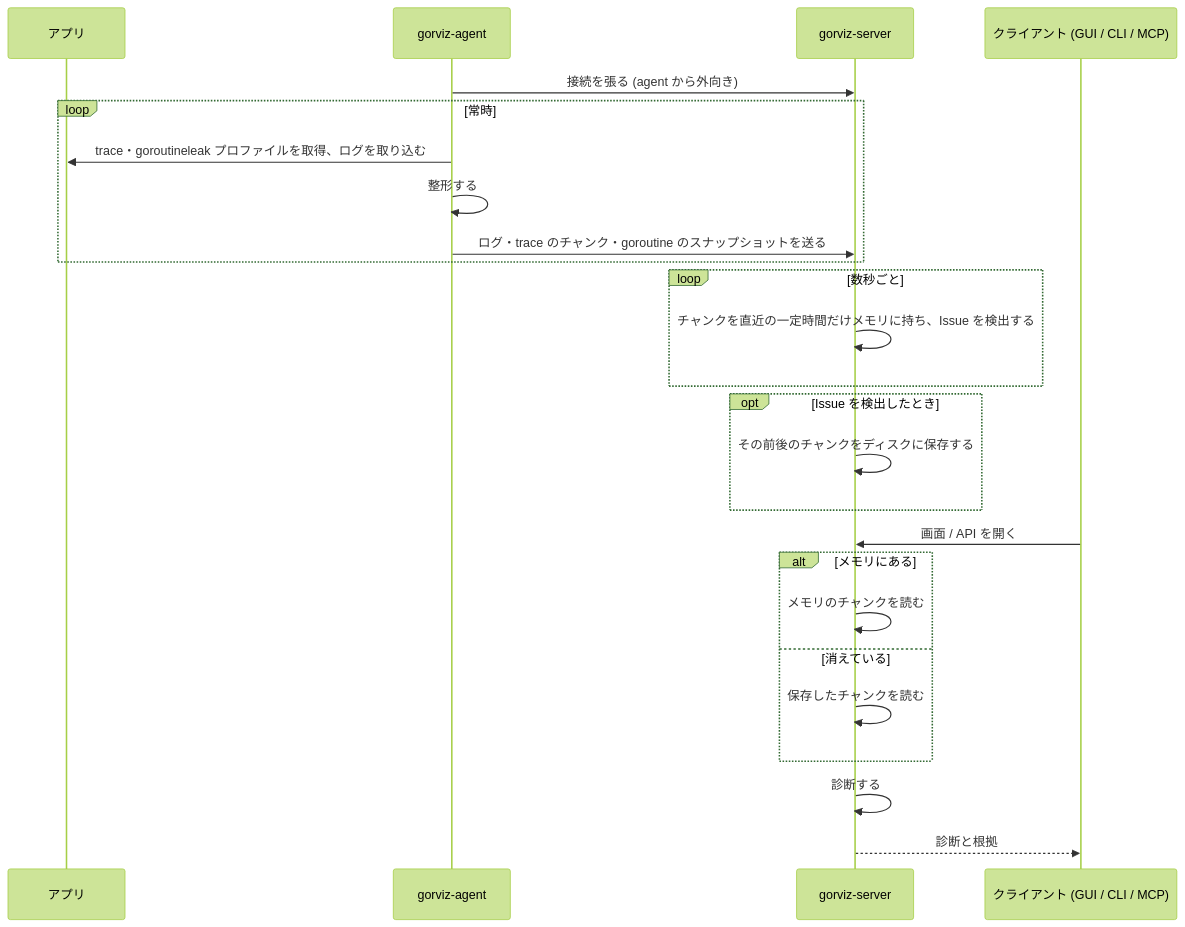
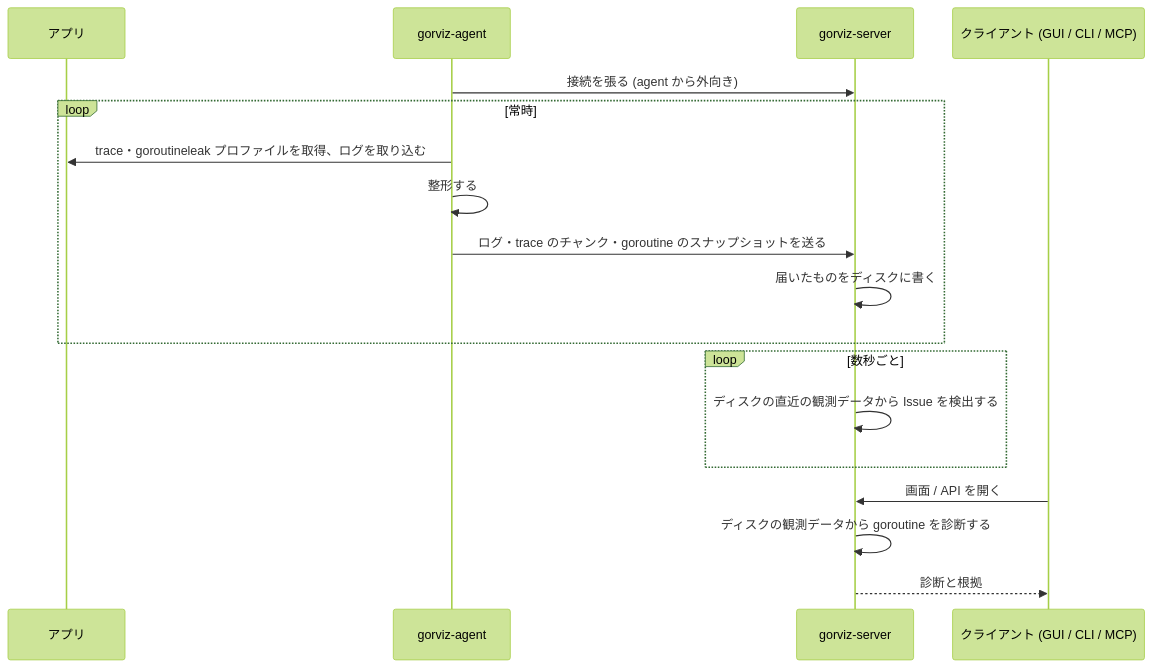
The fifth of 5 diagrams in docs/design.md (kakkky/gorviz), drawn with Mermaid (forest theme) before and after one commit. The commit also changed other lines of this file, not shown here.

````diff
--- a/docs/design.md
+++ b/docs/design.md
@@ -184,28 +213,21 @@
 ```mermaid
 sequenceDiagram
     participant T as アプリ
     participant A as gorviz-agent
     participant S as gorviz-server
     participant C as クライアント (GUI / CLI / MCP)
 
     A->>S: 接続を張る (agent から外向き)
     loop 常時
         A->>T: trace・goroutineleak プロファイルを取得、ログを取り込む
         A->>A: 整形する
         A->>S: ログ・trace のチャンク・goroutine のスナップショットを送る
+        S->>S: 届いたものをディスクに書く
     end
     loop 数秒ごと
-        S->>S: チャンクを直近の一定時間だけメモリに持ち、Issue を検出する
-    end
-    opt Issue を検出したとき
-        S->>S: その前後のチャンクをディスクに保存する
+        S->>S: ディスクの直近の観測データから Issue を検出する
     end
     C->>S: 画面 / API を開く
-    alt メモリにある
-        S->>S: メモリのチャンクを読む
-    else 消えている
-        S->>S: 保存したチャンクを読む
-    end
-    S->>S: 診断する
+    S->>S: ディスクの観測データから goroutine を診断する
     S-->>C: 診断と根拠
 ```
````
